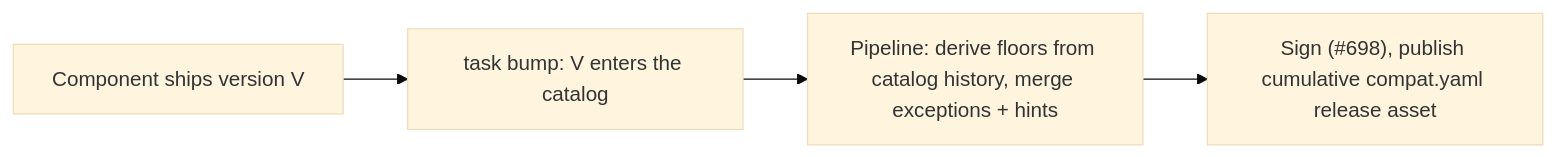
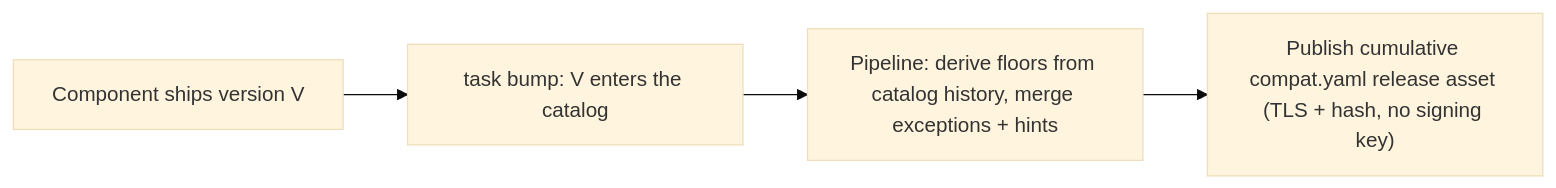
The first of 2 diagrams in docs/dev/self-upgrade-operator-trigger.md (hashgraph/solo-weaver), drawn with Mermaid (base theme) before and after one commit. The commit also changed other lines of this file, not shown here.

First line of the commit message:
docs(self-upgrade): correct compat-gate trust model to hash + TLS (no embedded GPG key)

````diff
--- a/docs/dev/self-upgrade-operator-trigger.md
+++ b/docs/dev/self-upgrade-operator-trigger.md
@@ -183,6 +190,6 @@
 ```mermaid
 flowchart LR
   A[Component ships version V] --> B["task bump: V enters the catalog"]
   B --> C["Pipeline: derive floors from catalog history, merge exceptions + hints"]
-  C --> D["Sign (#698), publish cumulative compat.yaml release asset"]
+  C --> D["Publish cumulative compat.yaml release asset (TLS + hash, no signing key)"]
 ```
````
